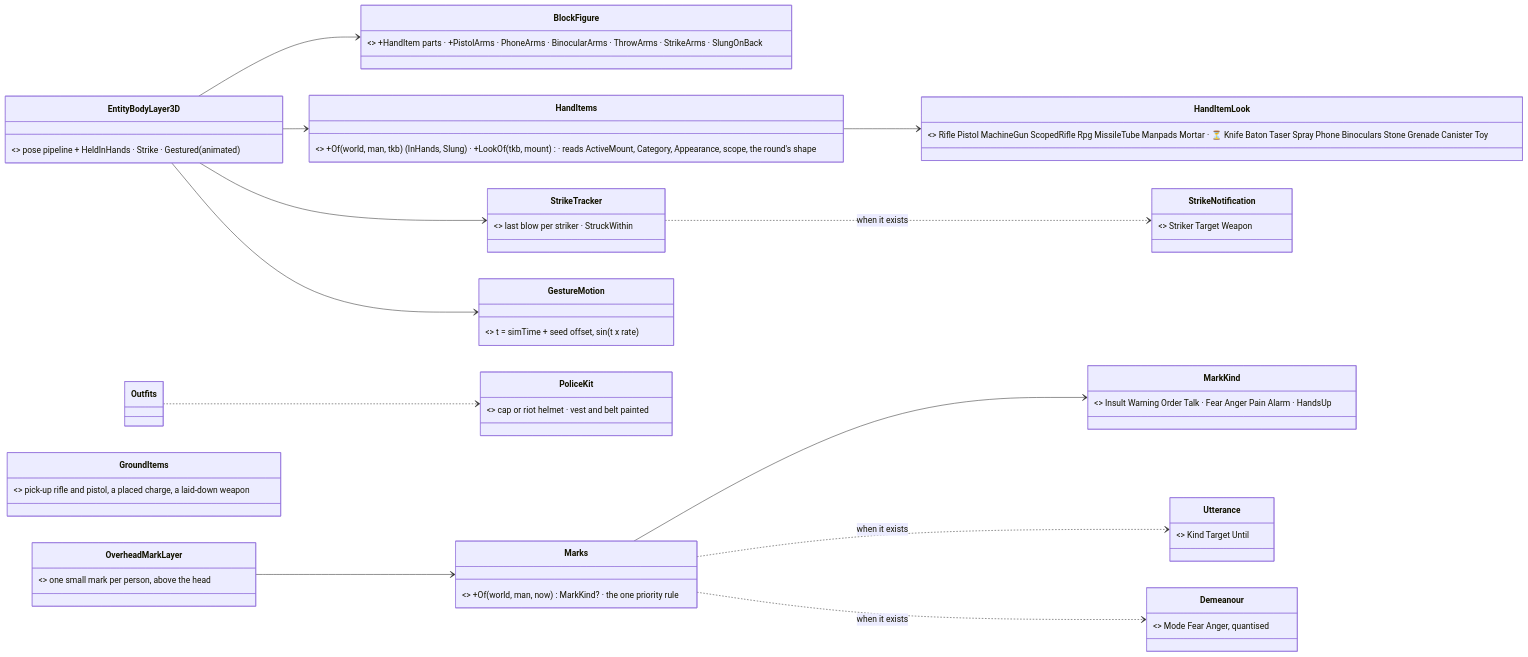
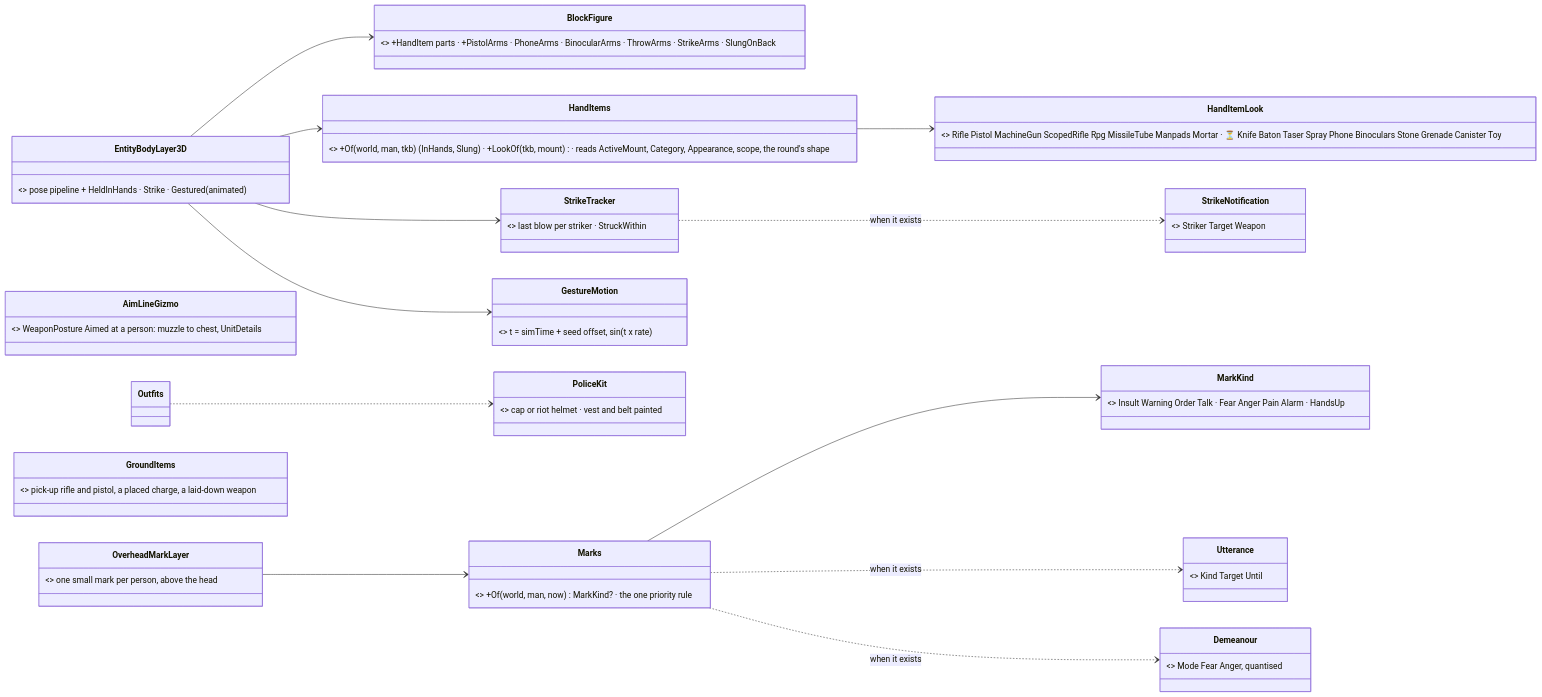
The first of 6 diagrams in docs/DESIGN_People_Display.md (pjanec/HROT), drawn with Mermaid before and after one commit. The commit also changed other lines of this file and 11 other files, not shown here.

First line of the commit message:
CE-1197 sidewalks drawn light grey; CE-1170 the aim line at a person

````diff
--- a/docs/DESIGN_People_Display.md
+++ b/docs/DESIGN_People_Display.md
@@ -75,29 +75,30 @@
 ```mermaid
 classDiagram
   direction LR
   class EntityBodyLayer3D { <<existing, grows>> pose pipeline + HeldInHands · Strike · Gestured(animated) }
   class BlockFigure { <<existing, grows>> +HandItem parts · +PistolArms · PhoneArms · BinocularArms · ThrowArms · StrikeArms · SlungOnBack }
   class HandItemLook { <<BUILT as HeldLook, CE-1236 — weapons>> Rifle Pistol MachineGun ScopedRifle Rpg MissileTube Manpads Mortar · ⏳ Knife Baton Taser Spray Phone Binoculars Stone Grenade Canister Toy }
   class HandItems { <<BUILT as HeldWeapons, pure, CE-1236>> +Of(world, man, tkb) (InHands, Slung) · +LookOf(tkb, mount) · reads ActiveMount, Category, Appearance, scope, the round's shape }
   class StrikeTracker { <<BUILT CE-1171, RecentShots shape>> last blow per striker · StruckWithin }
+  class AimLineGizmo { <<BUILT CE-1170, IStatelessGizmo>> WeaponPosture Aimed at a person: muzzle to chest, UnitDetails }
   class GestureMotion { <<BUILT as GestureClock + GestureArms t, no class>> t = simTime + seed offset, sin(t x rate) }
   class PoliceKit { <<NEW in Outfits + BodySurface>> cap or riot helmet · vest and belt painted }
   class OverheadMarkLayer { <<NEW IMapLayer, 2-D + 3-D>> one small mark per person, above the head }
   class MarkKind { <<NEW>> Insult Warning Order Talk · Fear Anger Pain Alarm · HandsUp }
   class Marks { <<NEW, pure>> +Of(world, man, now) MarkKind? · the one priority rule }
   class GroundItems { <<in ProjectileLayer / body kits>> pick-up rifle and pistol, a placed charge, a laid-down weapon }
   class Utterance { <<GAP G1 — backend + behaviors>> Kind Target Until }
   class Demeanour { <<GAP G2 — backend + behaviors>> Mode Fear Anger, quantised }
   class StrikeNotification { <<GAP G3 — backend>> Striker Target Weapon }
   EntityBodyLayer3D --> BlockFigure
   EntityBodyLayer3D --> HandItems
   EntityBodyLayer3D --> StrikeTracker
   EntityBodyLayer3D --> GestureMotion
   HandItems --> HandItemLook
   OverheadMarkLayer --> Marks
   Marks --> MarkKind
   Marks ..> Utterance : when it exists
   Marks ..> Demeanour : when it exists
   StrikeTracker ..> StrikeNotification : when it exists
   Outfits ..> PoliceKit
 ```
````
